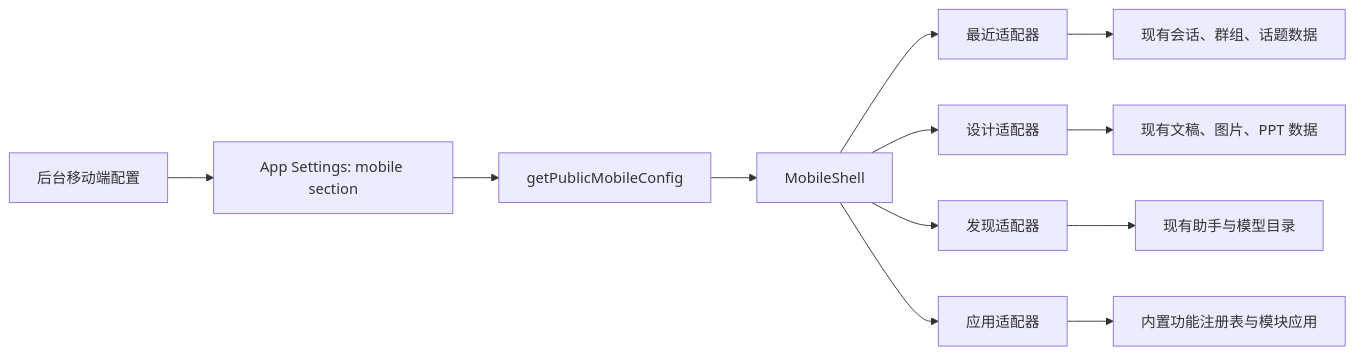
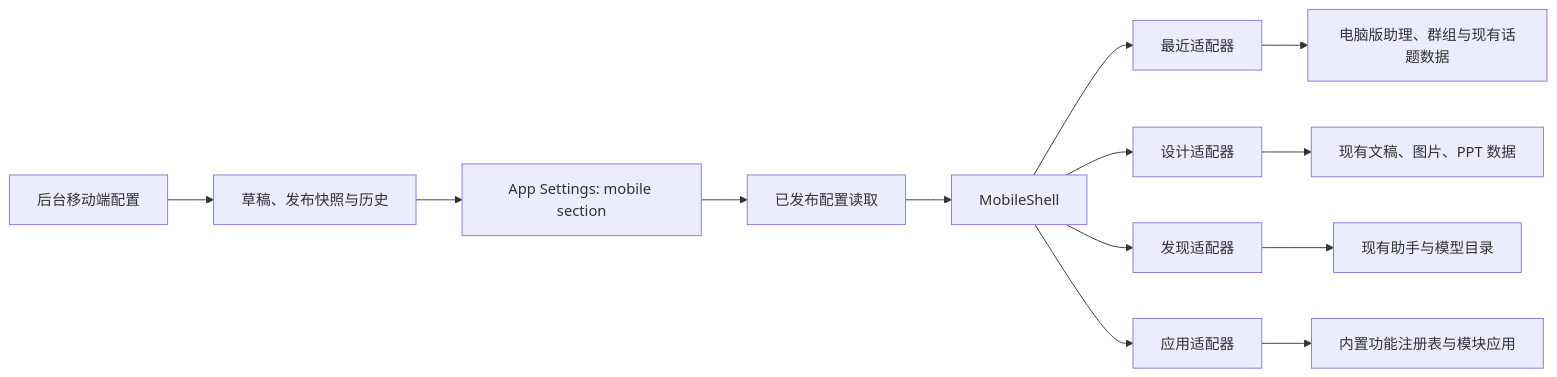
One commit to maheshenga/comhub changed the diagram in docs/MOBILE_FOUR_TAB_EXPERIENCE_DESIGN.md. Above: the diagram before and after it, drawn with Mermaid. The commit also changed other lines of this file and 111 other files, not shown here.

````diff
--- a/docs/MOBILE_FOUR_TAB_EXPERIENCE_DESIGN.md
+++ b/docs/MOBILE_FOUR_TAB_EXPERIENCE_DESIGN.md
@@ -43,14 +43,15 @@
 ```mermaid
 flowchart LR
-  Admin["后台移动端配置"] --> Settings["App Settings: mobile section"]
-  Settings --> PublicConfig["getPublicMobileConfig"]
+  Admin["后台移动端配置"] --> Publication["草稿、发布快照与历史"]
+  Publication --> Settings["App Settings: mobile section"]
+  Settings --> PublicConfig["已发布配置读取"]
   PublicConfig --> Shell["MobileShell"]
   Shell --> Recent["最近适配器"]
   Shell --> Design["设计适配器"]
   Shell --> Discover["发现适配器"]
   Shell --> Apps["应用适配器"]
-  Recent --> Sessions["现有会话、群组、话题数据"]
+  Recent --> Sessions["电脑版助理、群组与现有话题数据"]
   Design --> Creation["现有文稿、图片、PPT 数据"]
   Discover --> Recommendations["现有助手与模型目录"]
   Apps --> ModuleApps["内置功能注册表与模块应用"]
 ```
````
